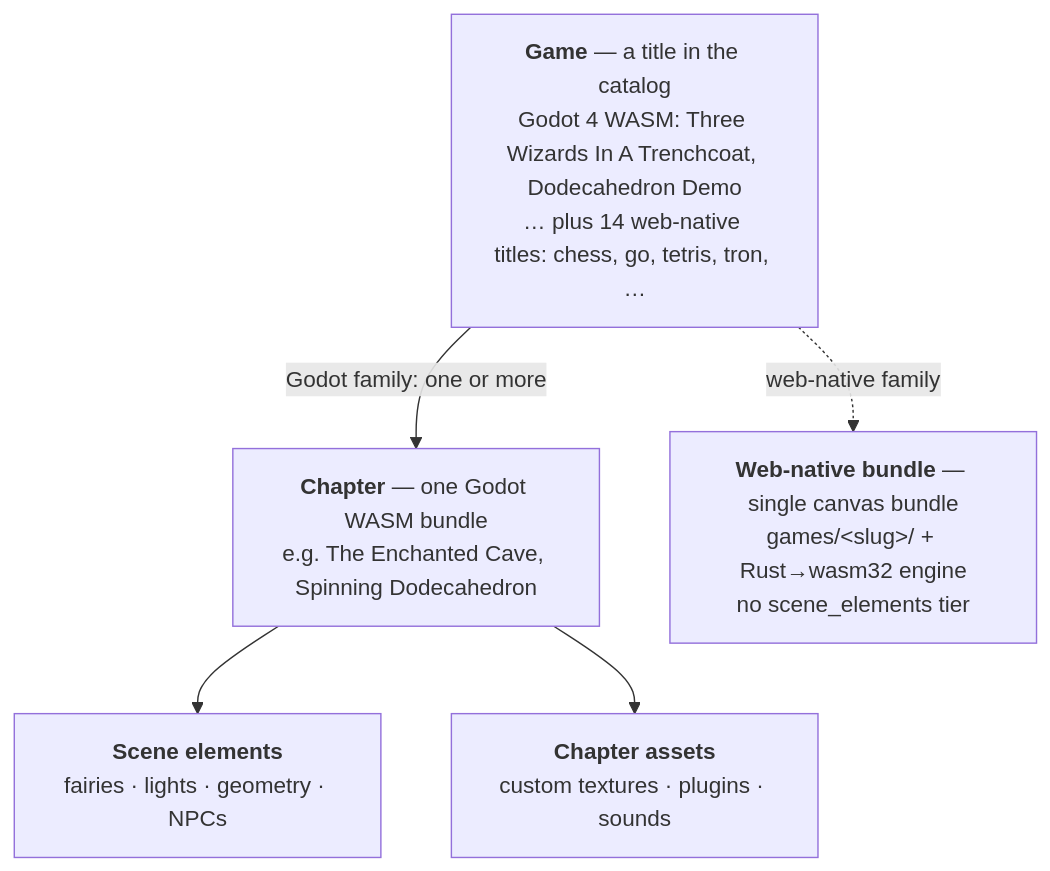
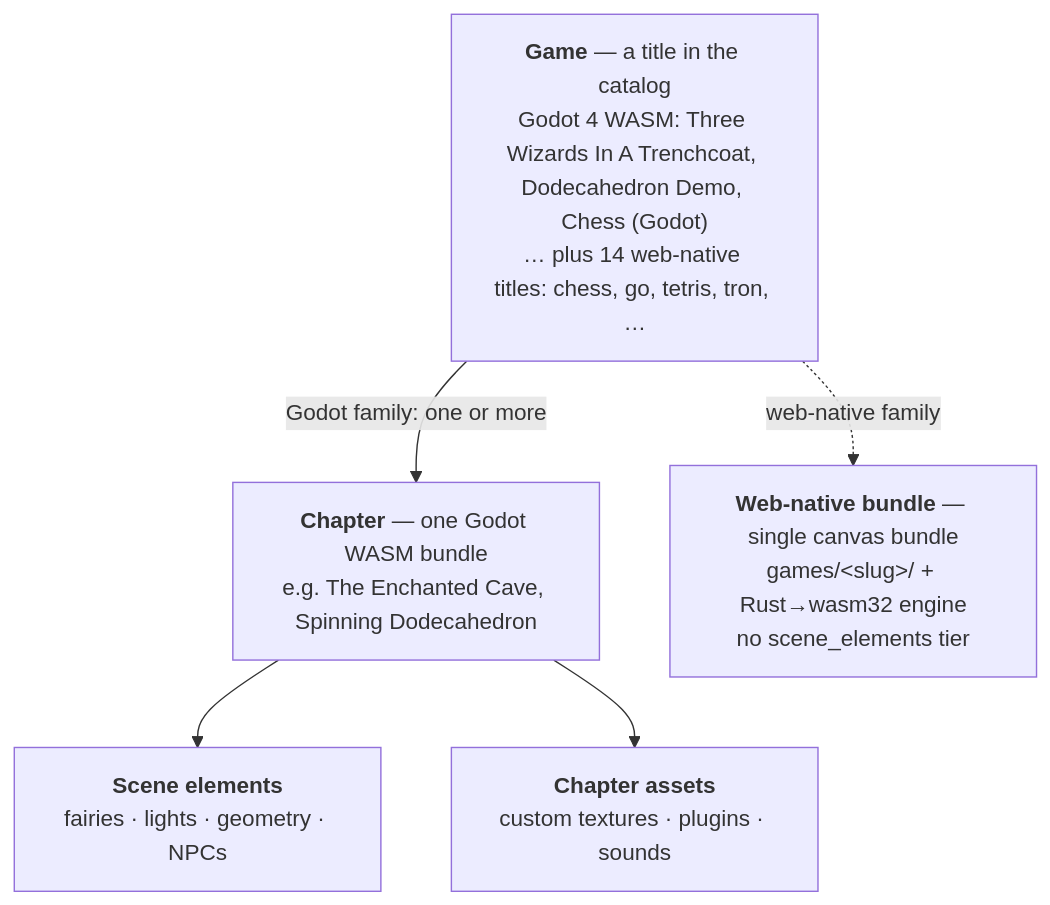
One commit to hugmesh/hugmesh-games changed the first of 46 diagrams in README.md. Above: the diagram before and after it, drawn with Mermaid. The commit also changed other lines of this file, not shown here.

First line of the commit message:
docs(readme): refresh catalog count (17) + mark domain enforcement merged (#85)

````diff
--- a/README.md
+++ b/README.md
@@ -163,12 +160,12 @@
 ```mermaid
 flowchart TB
-    Game["<b>Game</b> — a title in the catalog<br/>Godot 4 WASM: Three Wizards In A Trenchcoat, Dodecahedron Demo<br/>… plus 14 web-native titles: chess, go, tetris, tron, …"]
+    Game["<b>Game</b> — a title in the catalog<br/>Godot 4 WASM: Three Wizards In A Trenchcoat, Dodecahedron Demo, Chess (Godot)<br/>… plus 14 web-native titles: chess, go, tetris, tron, …"]
     Chapter["<b>Chapter</b> — one Godot WASM bundle<br/>e.g. The Enchanted Cave, Spinning Dodecahedron"]
     Scene["<b>Scene elements</b><br/>fairies · lights · geometry · NPCs"]
     Assets["<b>Chapter assets</b><br/>custom textures · plugins · sounds"]
     WebNative["<b>Web-native bundle</b> — single canvas bundle<br/>games/&lt;slug&gt;/ + Rust→wasm32 engine<br/>no scene_elements tier"]
     Game -->|"Godot family: one or more"| Chapter
     Chapter --> Scene
     Chapter --> Assets
     Game -.->|"web-native family"| WebNative
 ```
````
